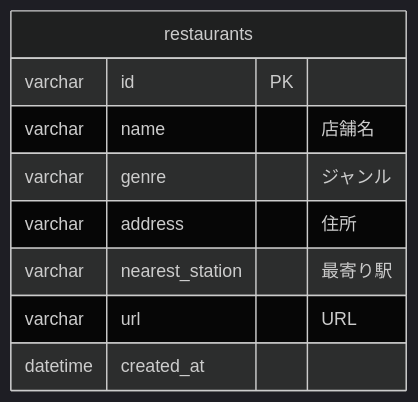
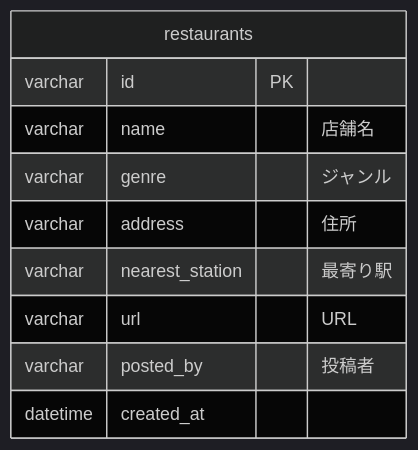
One commit to taga3s/pecopeco changed the diagram in docs/db/mermaid.md. Above: the diagram before and after it, drawn with Mermaid (dark theme). The commit also changed 10 other files, not shown here.

````diff
--- a/docs/db/mermaid.md
+++ b/docs/db/mermaid.md
@@ -1,12 +1,13 @@
 ```mermaid
 erDiagram
   restaurants {
     varchar id PK
     varchar name "店舗名"
     varchar genre "ジャンル"
     varchar address "住所"
     varchar nearest_station "最寄り駅"
     varchar url  "URL"
+    varchar posted_by "投稿者"
     datetime created_at
   }
 ```
````
